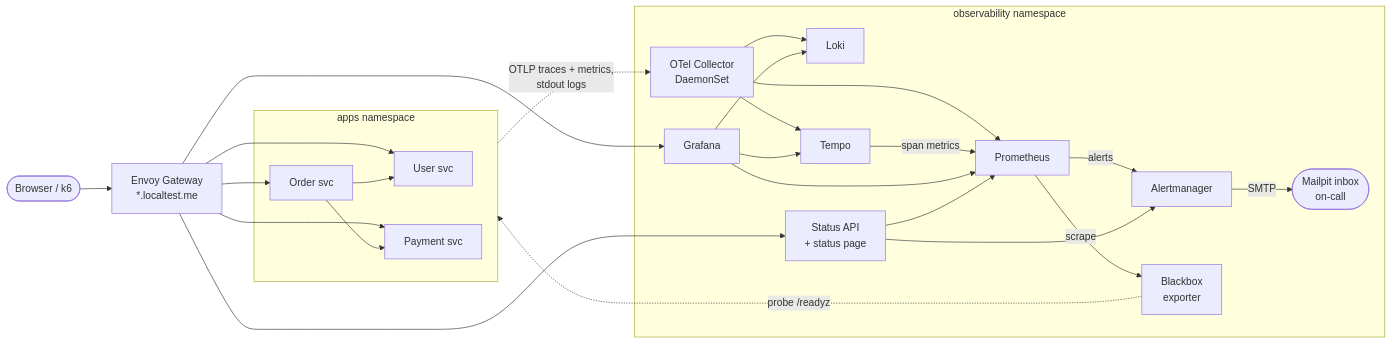
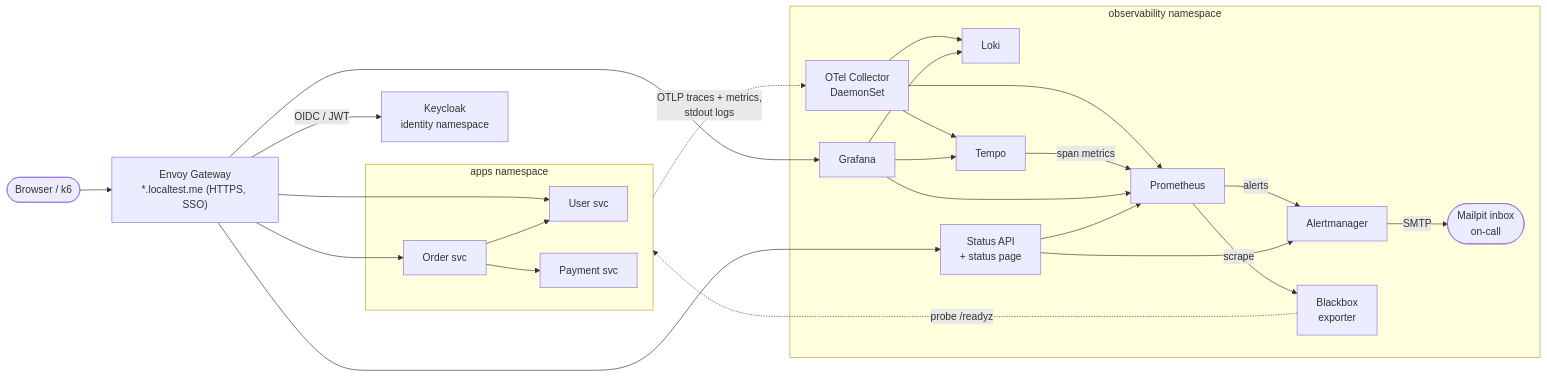
The diagram in README.md (shaikadil95/service-health-dashboard), drawn with Mermaid before and after one commit. The commit also changed other lines of this file and 11 other files, not shown here.

First line of the commit message:
docs: Phase 6 identity and SSO, HTTPS, authentication and the shop

````diff
--- a/README.md
+++ b/README.md
@@ -30,40 +33,42 @@
 ```mermaid
 flowchart LR
   client(["Browser / k6"])
-  gw["Envoy Gateway<br/>*.localtest.me"]
+  gw["Envoy Gateway<br/>*.localtest.me (HTTPS, SSO)"]
+  kc["Keycloak<br/>identity namespace"]
 
   subgraph apps["apps namespace"]
     user["User svc"]
     order["Order svc"]
     pay["Payment svc"]
   end
 
   subgraph obs["observability namespace"]
     otel["OTel Collector<br/>DaemonSet"]
     prom["Prometheus"]
     loki["Loki"]
     tempo["Tempo"]
     am["Alertmanager"]
     graf["Grafana"]
     sapi["Status API<br/>+ status page"]
     mail(["Mailpit inbox<br/>on-call"])
     bb["Blackbox<br/>exporter"]
   end
 
   client --> gw
-  gw --> order & user & pay
+  gw -- "OIDC / JWT" --> kc
+  gw --> order & user
   order --> user
   order --> pay
   gw --> graf & sapi
 
   apps -. "OTLP traces + metrics,<br/>stdout logs" .-> otel
   otel --> prom & loki & tempo
   tempo -- "span metrics" --> prom
   prom -- "alerts" --> am
   am -- "SMTP" --> mail
   prom -- "scrape" --> bb
   bb -. "probe /readyz" .-> apps
 
   graf --> prom & loki & tempo
   sapi --> prom & am
 ```
````
